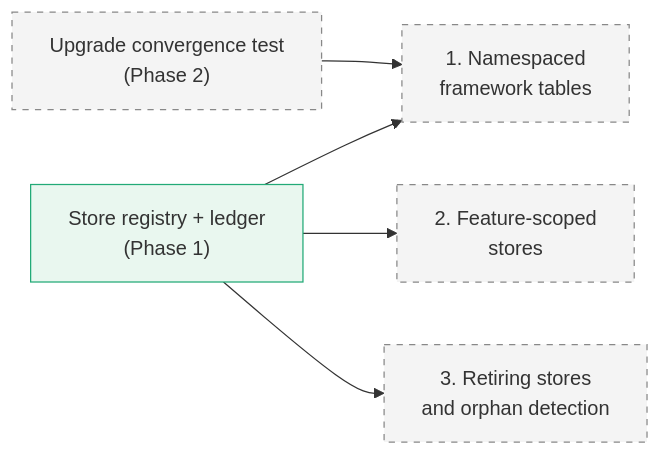
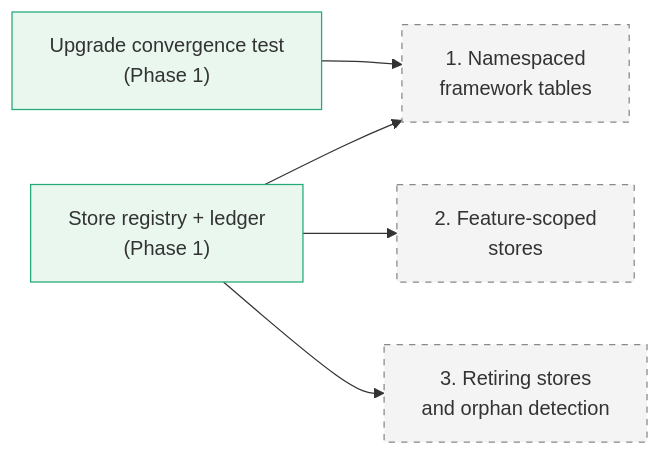
One commit to BuilderIO/agent-native changed diagram 18 of 20 in docs/plans/2026-09-28-store-registry-schema-ownership.md. Above: the diagram before and after it, drawn with Mermaid. The commit also changed other lines of this file and 15 other files, not shown here.

First line of the commit message:
Move schema verification to the release step and add the upgrade test

````diff
--- a/docs/plans/2026-09-28-store-registry-schema-ownership.md
+++ b/docs/plans/2026-09-28-store-registry-schema-ownership.md
@@ -941,11 +926,11 @@
 ```mermaid
 flowchart LR
   L["Store registry + ledger<br/>(Phase 1)"] --> N["1. Namespaced<br/>framework tables"]
   L --> F["2. Feature-scoped<br/>stores"]
   L --> R["3. Retiring stores<br/>and orphan detection"]
-  Q9["Upgrade convergence test<br/>(Phase 2)"] --> N
+  Q9["Upgrade convergence test<br/>(Phase 1)"] --> N
   classDef done fill:#e9f7ef,stroke:#2a7
   classDef next fill:#f4f4f4,stroke:#888,stroke-dasharray: 5 5
-  class L done
-  class N,F,R,Q9 next
+  class L,Q9 done
+  class N,F,R next
 ```
````
